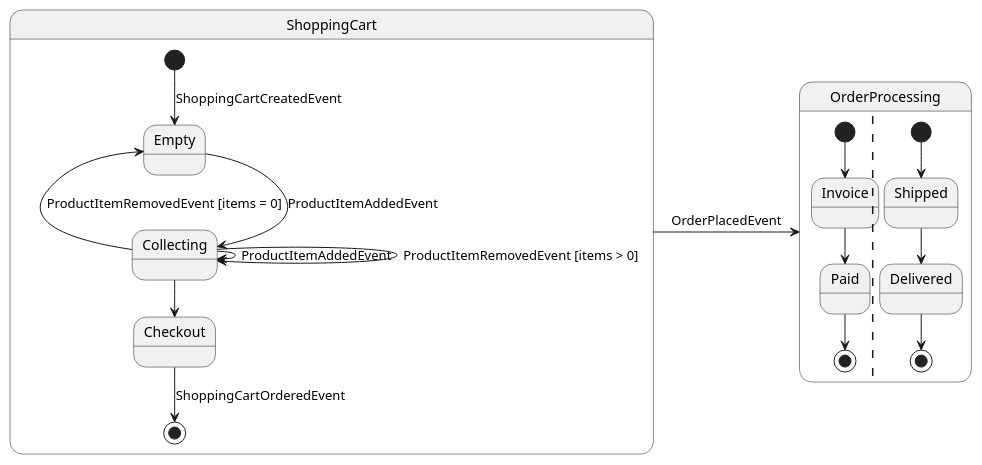
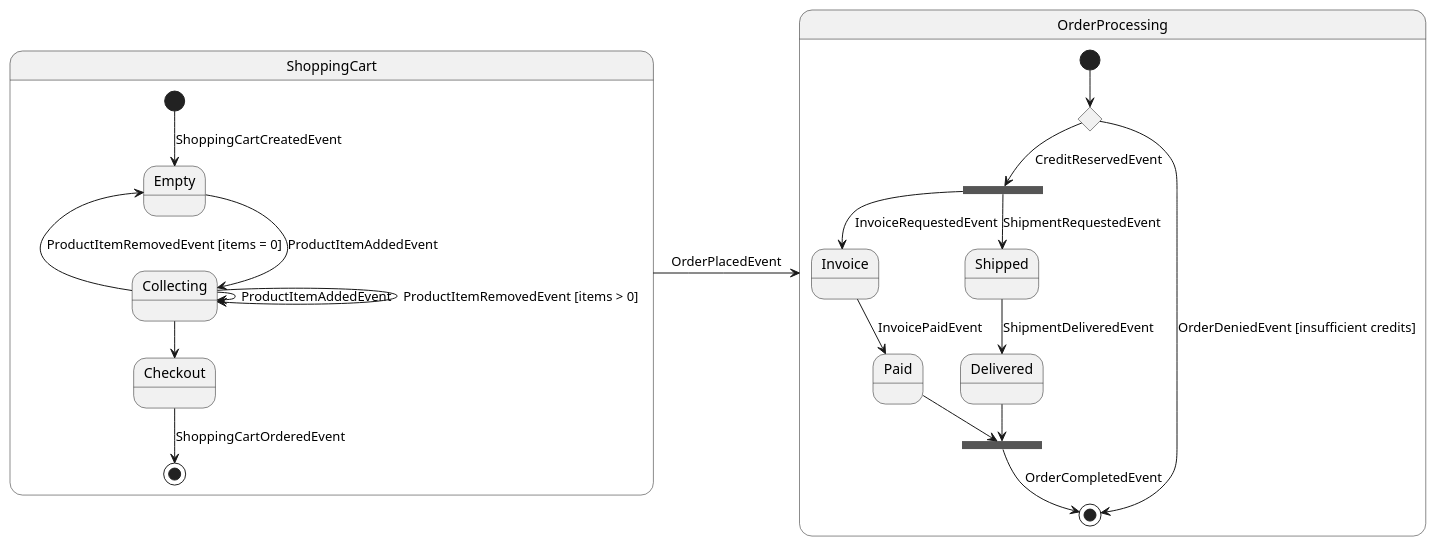
Before and after one commit to dxfrontiers/axon-state-machine: the diagram in uml/shopping_cart.puml, drawn with PlantUML. The commit also changed 10 other files, not shown here.

Commit message:
added order processing saga with simulated outbound communication to third-party services

```diff
--- a/uml/shopping_cart.puml
+++ b/uml/shopping_cart.puml
@@ -1,21 +1,33 @@
 @startuml
 state ShoppingCart {
     [*] --> Empty: ShoppingCartCreatedEvent
     Empty --> Collecting: ProductItemAddedEvent
     Collecting -left-> Empty: ProductItemRemovedEvent [items = 0]
     Collecting --> Collecting: ProductItemAddedEvent
     Collecting --> Collecting: ProductItemRemovedEvent [items > 0]
     Collecting --> Checkout
     Checkout --> [*]: ShoppingCartOrderedEvent
 }
+
 state OrderProcessing {
     ShoppingCart -> OrderProcessing: OrderPlacedEvent
-    [*] --> Invoice
-    Invoice --> Paid
-    Paid --> [*]
-    ||
-    [*] --> Shipped
-    Shipped --> Delivered
-    Delivered --> [*]
+    state startProcessing <<fork>>
+    state creditReservation <<choice>>
+    state endProcessing <<fork>>
+
+    [*] --> creditReservation
+
+    creditReservation --> [*]: OrderDeniedEvent [insufficient credits]
+    creditReservation --> startProcessing: CreditReservedEvent
+
+    startProcessing --> Invoice: InvoiceRequestedEvent
+    Invoice --> Paid: InvoicePaidEvent
+    Paid --> endProcessing
+
+    startProcessing --> Shipped: ShipmentRequestedEvent
+    Shipped --> Delivered: ShipmentDeliveredEvent
+    Delivered --> endProcessing
+
+    endProcessing --> [*]: OrderCompletedEvent
 }
 @enduml
```
